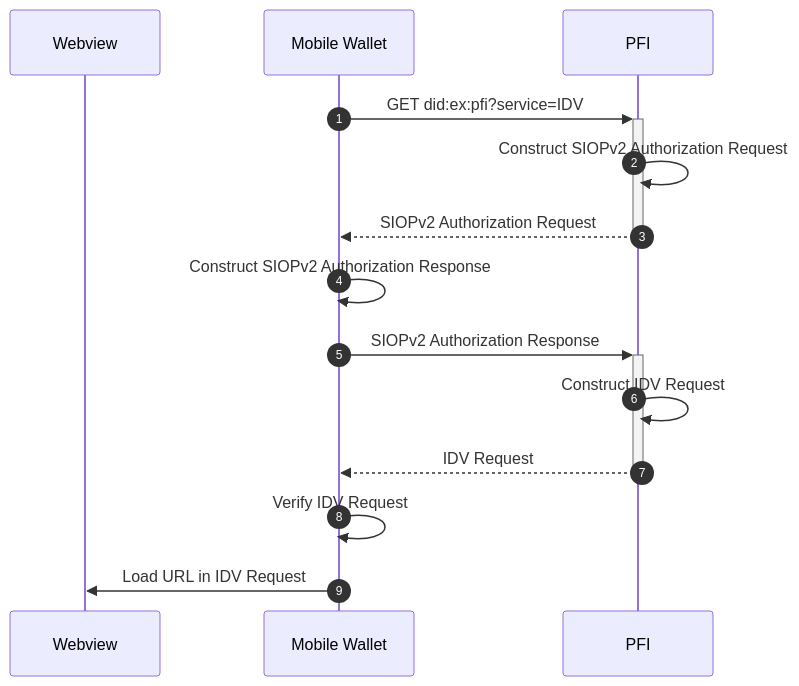
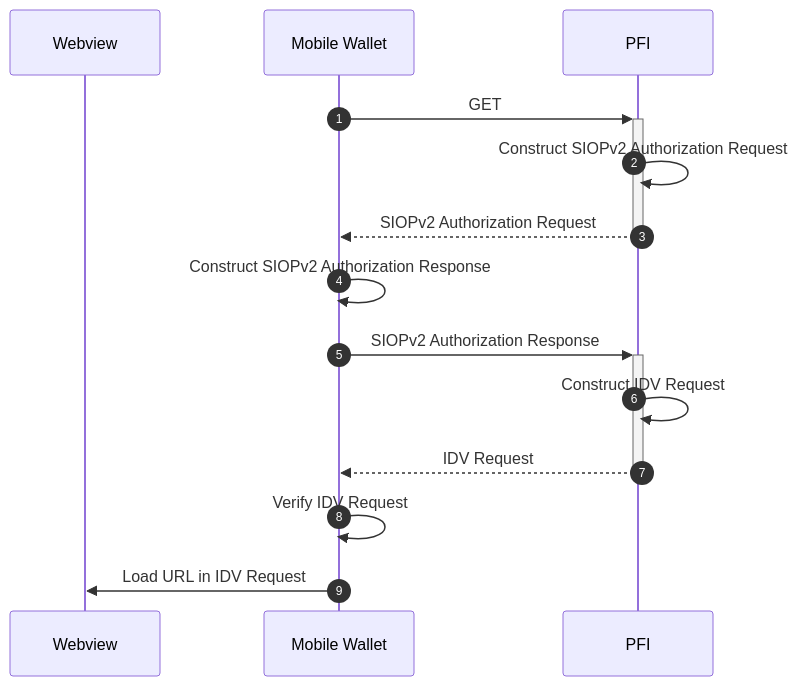
One commit to TBD54566975/known-customer-credential changed the second of 6 diagrams in README.md. Above: the diagram before and after it, drawn with Mermaid. The commit also changed other lines of this file, not shown here.

````diff
--- a/README.md
+++ b/README.md
@@ -226,18 +227,18 @@
 ```mermaid
 sequenceDiagram
 autonumber
 
 participant W as Webview
 participant D as Mobile Wallet
 participant P as PFI
 
-D->>+P: GET did:ex:pfi?service=IDV
+D->>+P: GET
 P->>P: Construct SIOPv2 Authorization Request
 P-->>-D: SIOPv2 Authorization Request
 D->>D: Construct SIOPv2 Authorization Response
 D->>+P: SIOPv2 Authorization Response
 P->>P: Construct IDV Request
 P-->>-D: IDV Request
 D->>D: Verify IDV Request
 D->>W: Load URL in IDV Request
 ```
````
